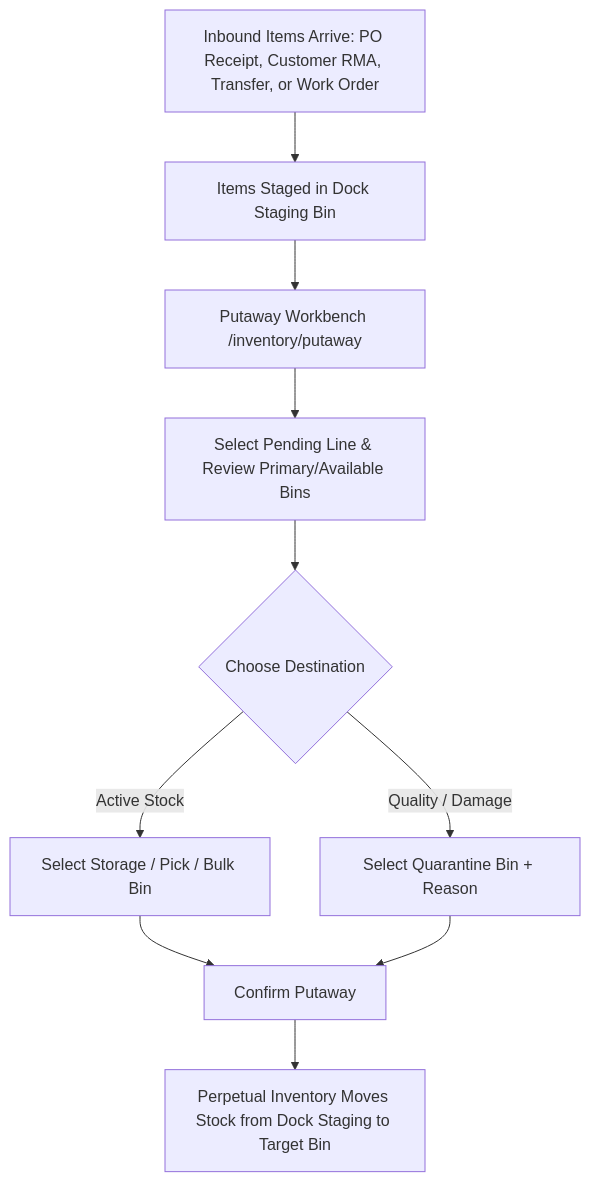
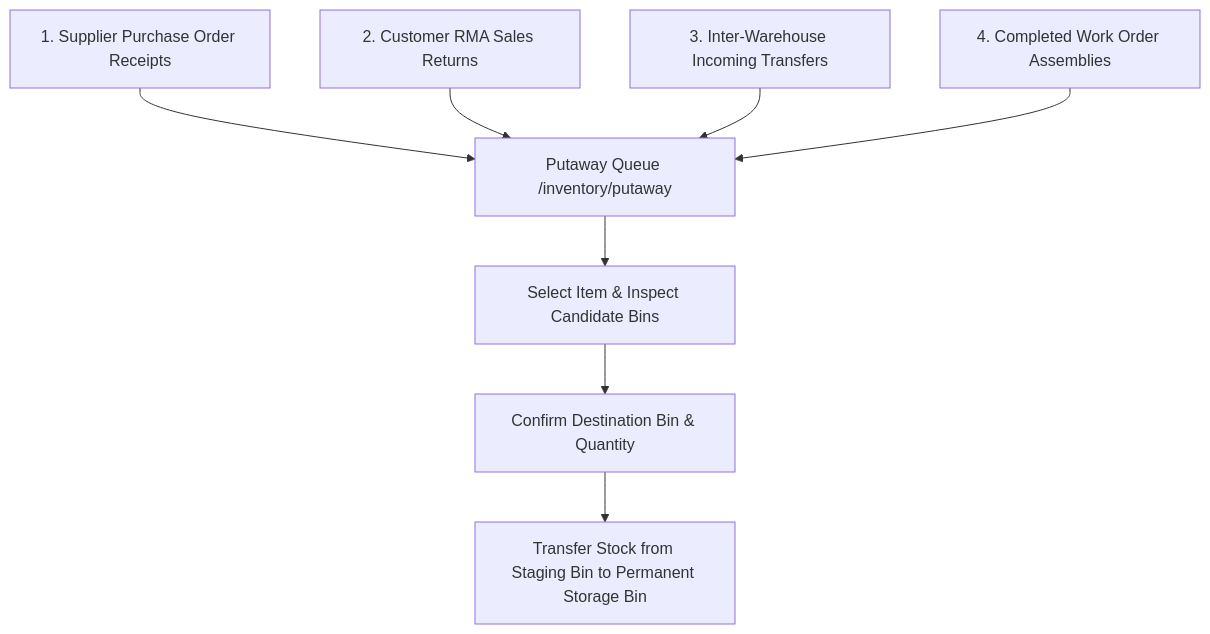
The diagram in docs/user/putaway.md (herobmdotcom/herobm), drawn with Mermaid before and after one commit. The commit also changed other lines of this file and 32 other files, not shown here.

````diff
--- a/docs/user/putaway.md
+++ b/docs/user/putaway.md
@@ -43,11 +39,11 @@
 ```mermaid
 flowchart TD
-    A[Inbound Items Arrive: PO Receipt, Customer RMA, Transfer, or Work Order] --> B[Items Staged in Dock Staging Bin]
-    B --> C[Putaway Workbench /inventory/putaway]
-    C --> D[Select Pending Line & Review Primary/Available Bins]
-    D --> E{Choose Destination}
-    E -->|Active Stock| F[Select Storage / Pick / Bulk Bin]
-    E -->|Quality / Damage| G[Select Quarantine Bin + Reason]
-    F & G --> H[Confirm Putaway]
-    H --> I[Perpetual Inventory Moves Stock from Dock Staging to Target Bin]
+    A[1. Supplier Purchase Order Receipts] --> E[Putaway Queue /inventory/putaway]
+    B[2. Customer RMA Sales Returns] --> E
+    C[3. Inter-Warehouse Incoming Transfers] --> E
+    D[4. Completed Work Order Assemblies] --> E
+
+    E --> F[Select Item & Inspect Candidate Bins]
+    F --> G[Confirm Destination Bin & Quantity]
+    G --> H[Transfer Stock from Staging Bin to Permanent Storage Bin]
 ```
````
